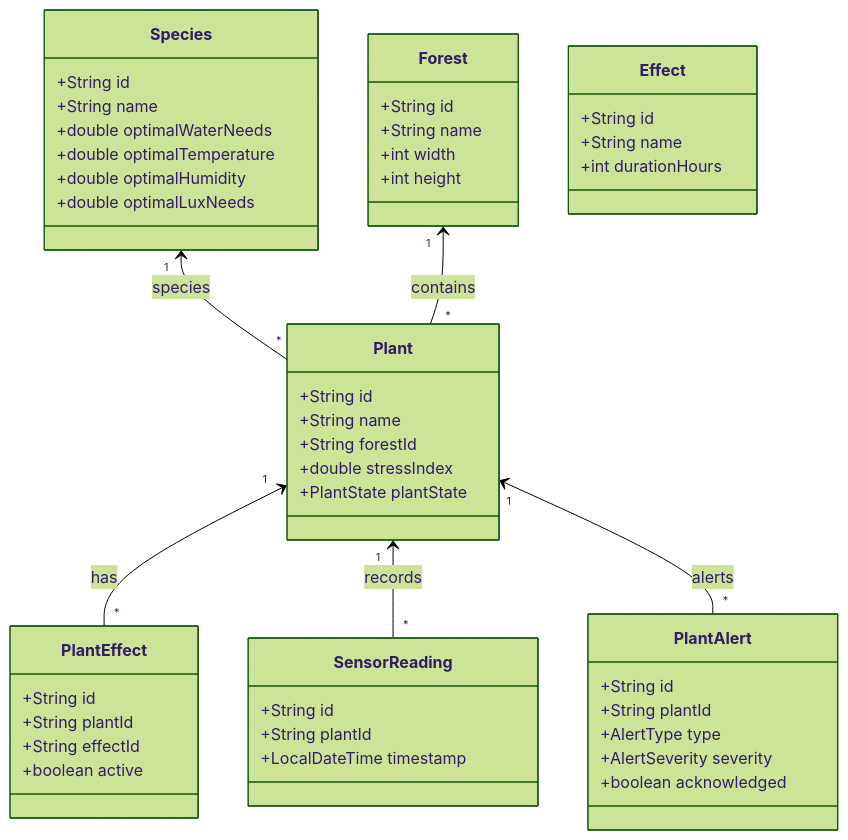
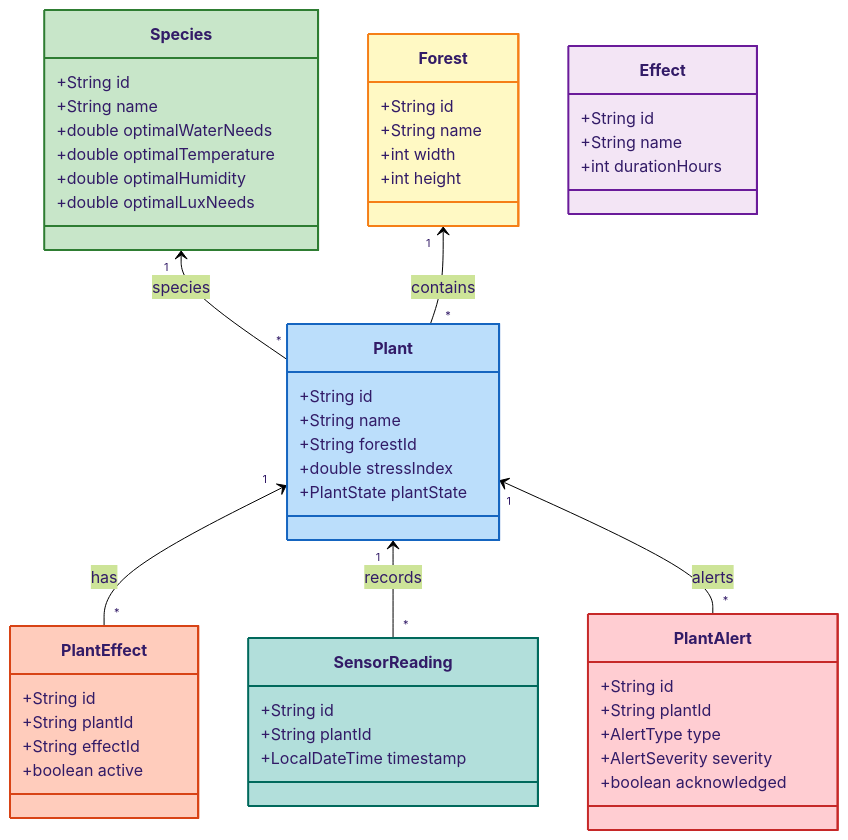
One commit to fasai444/GreenDesk changed the second of 10 diagrams in docs/index.md. Above: the diagram before and after it, drawn with Mermaid (forest theme). The commit also changed other lines of this file and 6 other files, not shown here.

````diff
--- a/docs/index.md
+++ b/docs/index.md
@@ -267,59 +310,67 @@
 ```mermaid
 classDiagram
-	class Species {
-		+String id
-		+String name
-		+double optimalWaterNeeds
-		+double optimalTemperature
-		+double optimalHumidity
-		+double optimalLuxNeeds
-	}
+    class Species {
+        +String id
+        +String name
+        +double optimalWaterNeeds
+        +double optimalTemperature
+        +double optimalHumidity
+        +double optimalLuxNeeds
+    }
 
-	class Plant {
-		+String id
-		+String name
-		+String forestId
-		+double stressIndex
-		+PlantState plantState
-	}
+    class Plant {
+        +String id
+        +String name
+        +String forestId
+        +double stressIndex
+        +PlantState plantState
+    }
 
-	class Forest {
-		+String id
-		+String name
-		+int width
-		+int height
-	}
+    class Forest {
+        +String id
+        +String name
+        +int width
+        +int height
+    }
 
-	class Effect {
-		+String id
-		+String name
-		+int durationHours
-	}
+    class Effect {
+        +String id
+        +String name
+        +int durationHours
+    }
 
-	class PlantEffect {
-		+String id
-		+String plantId
-		+String effectId
-		+boolean active
-	}
+    class PlantEffect {
+        +String id
+        +String plantId
+        +String effectId
+        +boolean active
+    }
 
-	class SensorReading {
-		+String id
-		+String plantId
-		+LocalDateTime timestamp
-	}
+    class SensorReading {
+        +String id
+        +String plantId
+        +LocalDateTime timestamp
+    }
 
-	class PlantAlert {
-		+String id
-		+String plantId
-		+AlertType type
-		+AlertSeverity severity
-		+boolean acknowledged
-	}
+    class PlantAlert {
+        +String id
+        +String plantId
+        +AlertType type
+        +AlertSeverity severity
+        +boolean acknowledged
+    }
 
-	Species "1" <-- "*" Plant : species
-	Forest "1" <-- "*" Plant : contains
-	Plant "1" <-- "*" PlantEffect : has
-	Plant "1" <-- "*" SensorReading : records
-	Plant "1" <-- "*" PlantAlert : alerts
+    Species "1" <-- "*" Plant : species
+    Forest "1" <-- "*" Plant : contains
+    Plant "1" <-- "*" PlantEffect : has
+    Plant "1" <-- "*" SensorReading : records
+    Plant "1" <-- "*" PlantAlert : alerts
+    
+    style Species fill:#c8e6c9,stroke:#2e7d32,stroke-width:2px
+    style Plant fill:#bbdefb,stroke:#1565c0,stroke-width:2px
+    style Forest fill:#fff9c4,stroke:#f57f17,stroke-width:2px
+    style Effect fill:#f3e5f5,stroke:#6a1b9a,stroke-width:2px
+    style PlantEffect fill:#ffccbc,stroke:#d84315,stroke-width:2px
+    style SensorReading fill:#b2dfdb,stroke:#00695c,stroke-width:2px
+    style PlantAlert fill:#ffcdd2,stroke:#c62828,stroke-width:2px
 ```
````
